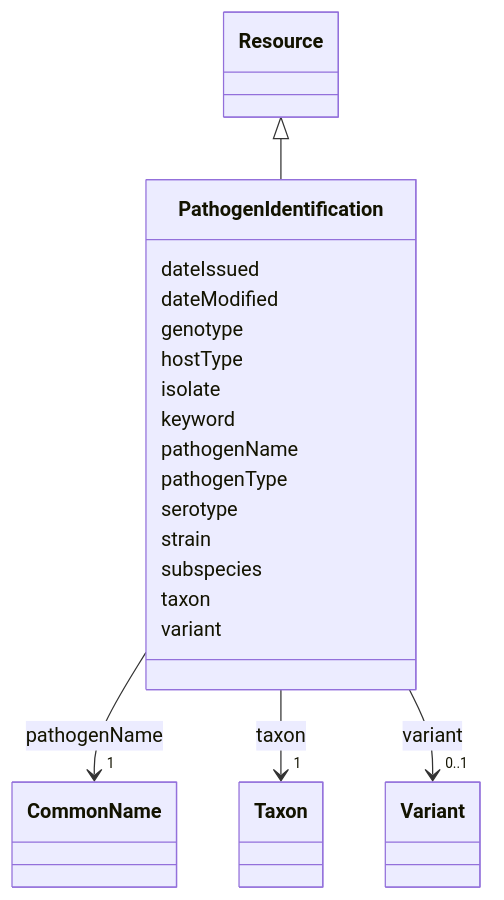
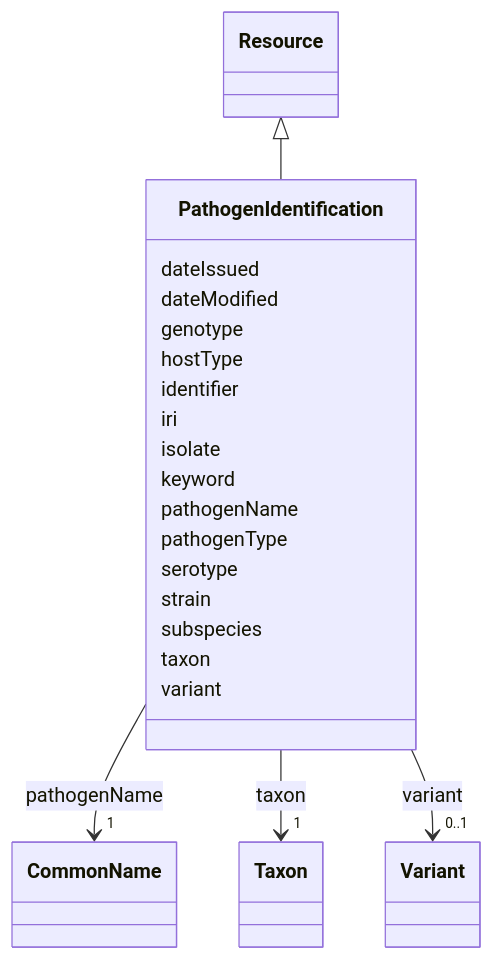
One commit to EVORA-project/evora-ontology changed the diagram in models/docs/PathogenIdentification.md. Above: the diagram before and after it, drawn with Mermaid. The commit also changed other lines of this file and 391 other files, not shown here.

````diff
--- a/models/docs/PathogenIdentification.md
+++ b/models/docs/PathogenIdentification.md
@@ -19,56 +19,60 @@
 ```mermaid
  classDiagram
     class PathogenIdentification
     click PathogenIdentification href "../PathogenIdentification"
       Resource <|-- PathogenIdentification
         click Resource href "../Resource"
       
       PathogenIdentification : dateIssued
         
       PathogenIdentification : dateModified
         
       PathogenIdentification : genotype
         
       PathogenIdentification : hostType
+        
+      PathogenIdentification : identifier
+        
+      PathogenIdentification : iri
         
       PathogenIdentification : isolate
         
       PathogenIdentification : keyword
         
       PathogenIdentification : pathogenName
         
           
     
     
     PathogenIdentification --> "1" CommonName : pathogenName
     click CommonName href "../CommonName"
 
         
       PathogenIdentification : pathogenType
         
       PathogenIdentification : serotype
         
       PathogenIdentification : strain
         
       PathogenIdentification : subspecies
         
       PathogenIdentification : taxon
         
           
     
     
     PathogenIdentification --> "1" Taxon : taxon
     click Taxon href "../Taxon"
 
         
       PathogenIdentification : variant
         
           
     
     
     PathogenIdentification --> "0..1" Variant : variant
     click Variant href "../Variant"
 
         
       
 ```
````
